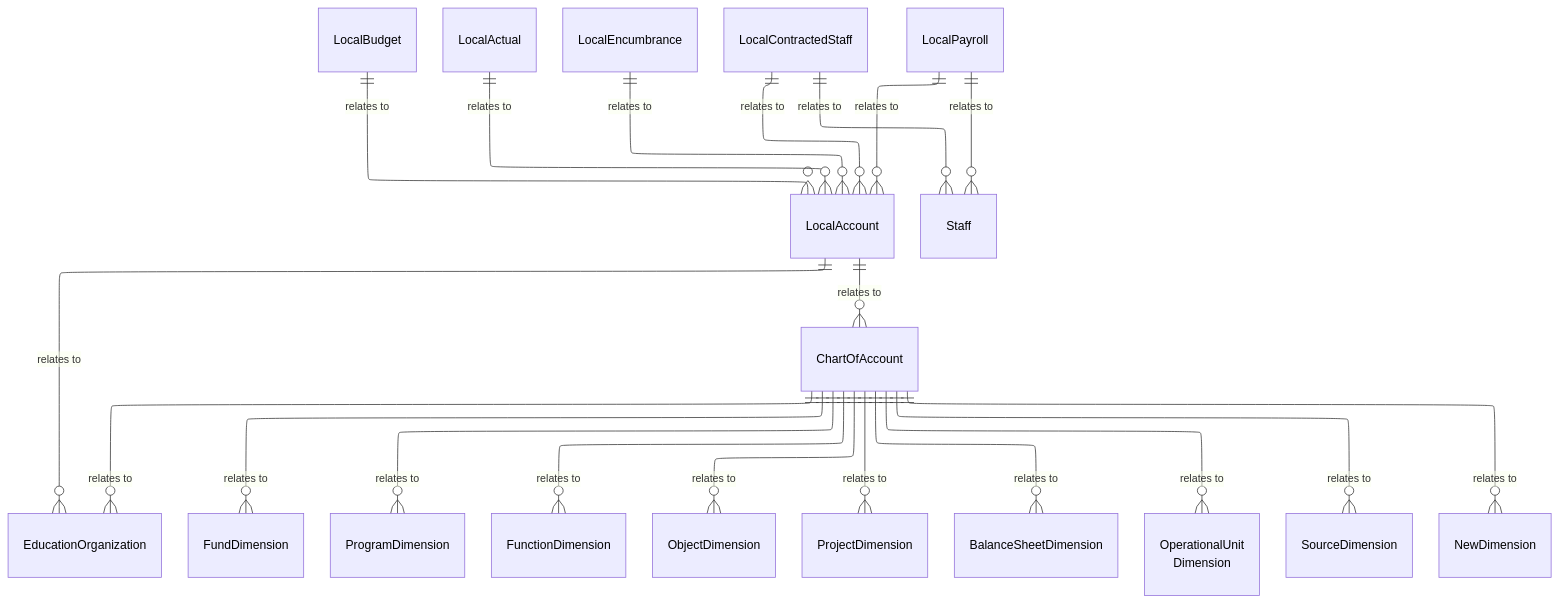
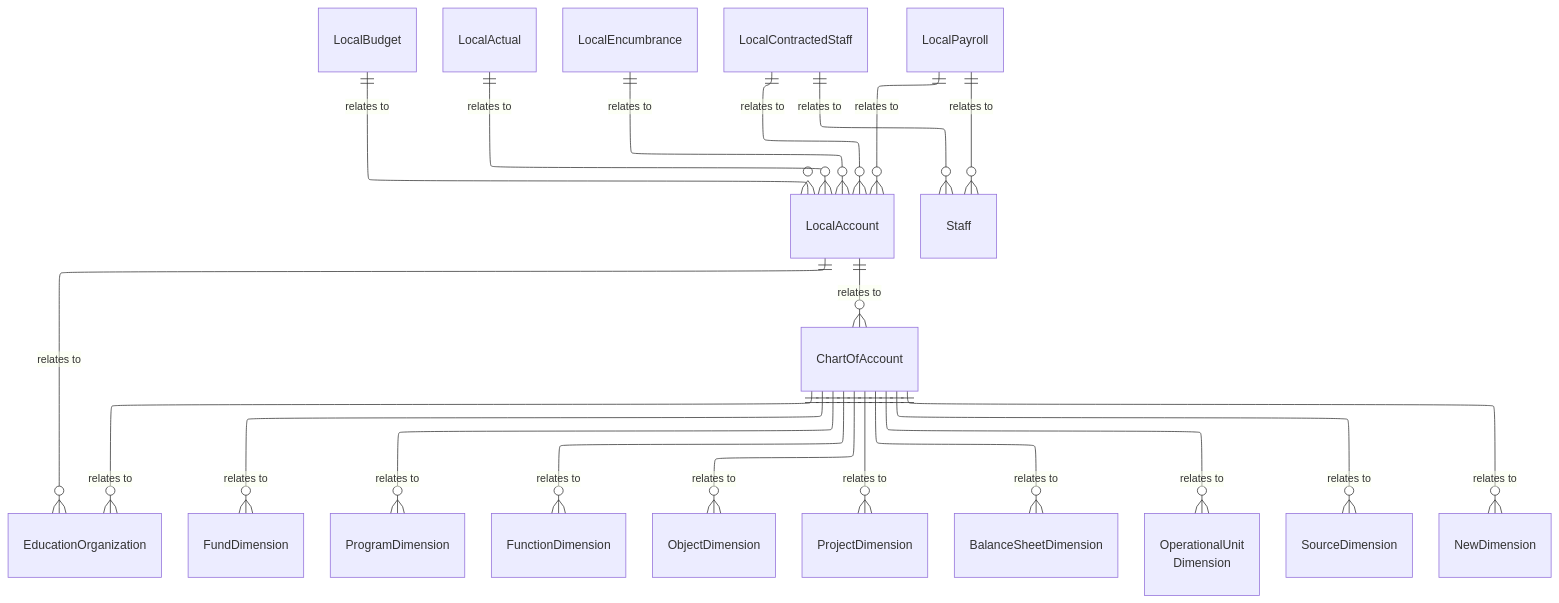
The diagram in dataStandard_versioned_docs/version-6/model-reference/finance-domain/model-diagrams.md (Ed-Fi-Alliance-OSS/ed-fi-alliance-oss.github.io), drawn with Mermaid before and after one commit. The commit also changed 24 other files, not shown here.

````diff
--- a/dataStandard_versioned_docs/version-6/model-reference/finance-domain/model-diagrams.md
+++ b/dataStandard_versioned_docs/version-6/model-reference/finance-domain/model-diagrams.md
@@ -11,80 +11,62 @@
 ```mermaid
 ---
 config:
   layout: elk
 ---
 erDiagram
     EducationOrganization {
     }
     LocalAccount {
     }
     ChartOfAccount {
     }
     LocalBudget {
     }
     LocalActual {
     }
     LocalEncumbrance {
     }
     LocalContractedStaff {
     }
     LocalPayroll {
     }
     FundDimension {
     }
     ProgramDimension {
     }
     FunctionDimension {
     }
     ObjectDimension {
     }
     ProjectDimension {
     }
     BalanceSheetDimension {
     }
     OperationalUnitDimension["OperationalUnit<br/>Dimension"] {
     }
     SourceDimension {
     }
     NewDimension {
     }
     Staff {
     }
     LocalAccount ||--o{ EducationOrganization : "relates to"
     LocalAccount ||--o{ ChartOfAccount : "relates to"
     ChartOfAccount ||--o{ EducationOrganization : "relates to"
     ChartOfAccount ||--o{ FundDimension : "relates to"
     ChartOfAccount ||--o{ ProgramDimension : "relates to"
     ChartOfAccount ||--o{ FunctionDimension : "relates to"
     ChartOfAccount ||--o{ ObjectDimension : "relates to"
     ChartOfAccount ||--o{ ProjectDimension : "relates to"
     ChartOfAccount ||--o{ OperationalUnitDimension : "relates to"
     ChartOfAccount ||--o{ SourceDimension : "relates to"
     ChartOfAccount ||--o{ BalanceSheetDimension : "relates to"
     ChartOfAccount ||--o{ NewDimension : "relates to"
     LocalBudget ||--o{ LocalAccount : "relates to"
     LocalActual ||--o{ LocalAccount : "relates to"
     LocalEncumbrance ||--o{ LocalAccount : "relates to"
     LocalContractedStaff ||--o{ LocalAccount : "relates to"
     LocalContractedStaff ||--o{ Staff : "relates to"
     LocalPayroll ||--o{ LocalAccount : "relates to"
     LocalPayroll ||--o{ Staff : "relates to"
-    style EducationOrganization color:#000000
-    style LocalAccount color:#000000
-    style ChartOfAccount color:#000000
-    style LocalBudget color:#000000
-    style LocalActual color:#000000
-    style LocalEncumbrance color:#000000
-    style LocalContractedStaff color:#000000
-    style LocalPayroll color:#000000
-    style FundDimension color:#000000
-    style ProgramDimension color:#000000
-    style FunctionDimension color:#000000
-    style ObjectDimension color:#000000
-    style ProjectDimension color:#000000
-    style BalanceSheetDimension color:#000000
-    style OperationalUnitDimension color:#000000
-    style SourceDimension color:#000000
-    style NewDimension color:#000000
-    style Staff color:#000000
 ```
````
